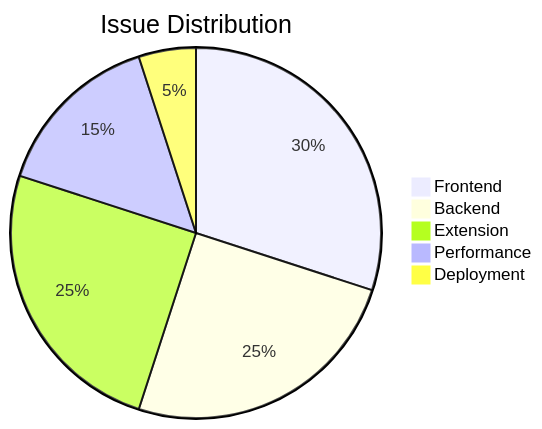
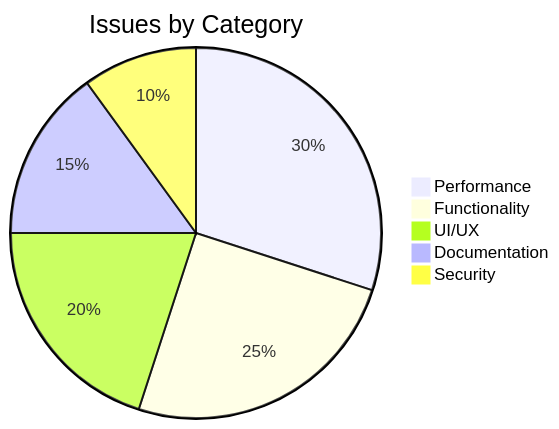
One commit to md4nas/yt-OCR-extension changed the sixth of 7 diagrams in yt-ocr-backend/ISSUES.md. Above: the diagram before and after it, drawn with Mermaid. The commit also changed other lines of this file and 6 other files, not shown here.

````diff
--- a/yt-ocr-backend/ISSUES.md
+++ b/yt-ocr-backend/ISSUES.md
@@ -516,8 +341,8 @@
 ```mermaid
-pie title Issue Distribution
-    "Frontend" : 30
-    "Backend" : 25
-    "Extension" : 25
-    "Performance" : 15
-    "Deployment" : 5
+pie title Issues by Category
+    "Performance" : 30
+    "Functionality" : 25
+    "UI/UX" : 20
+    "Documentation" : 15
+    "Security" : 10
 ```
````
